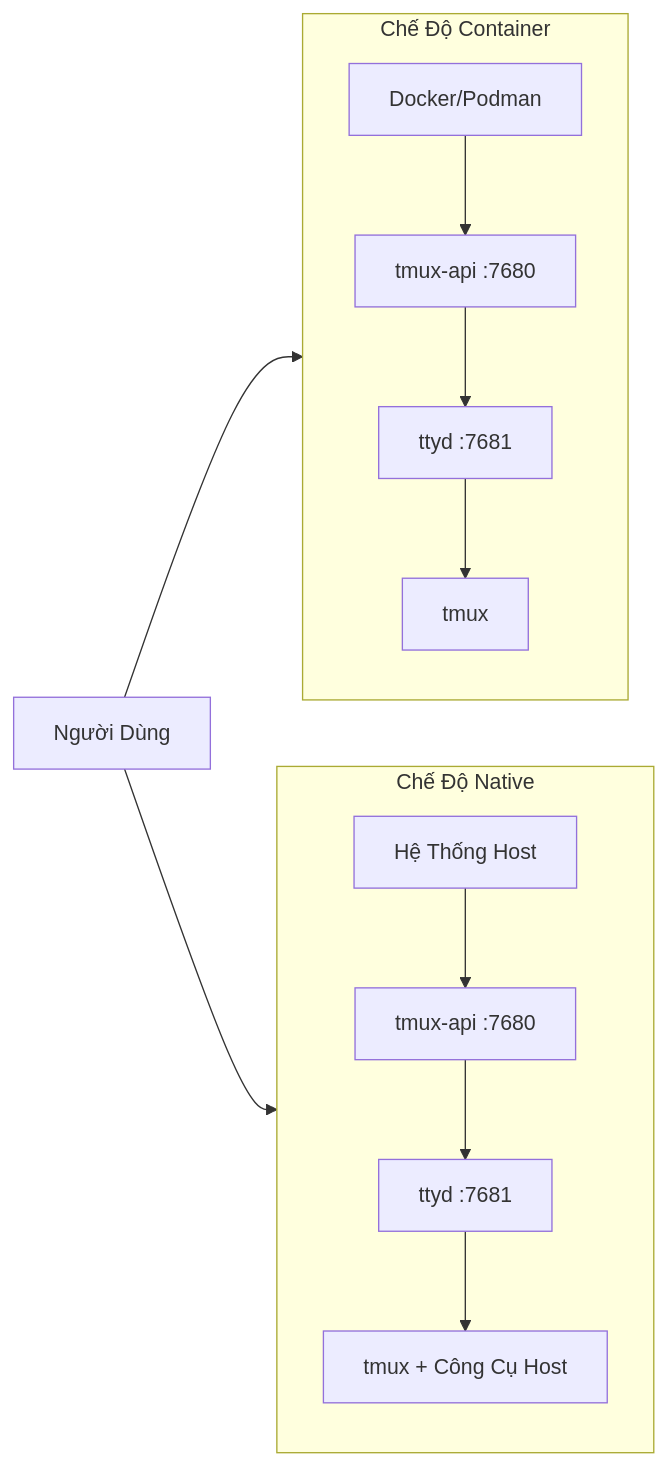
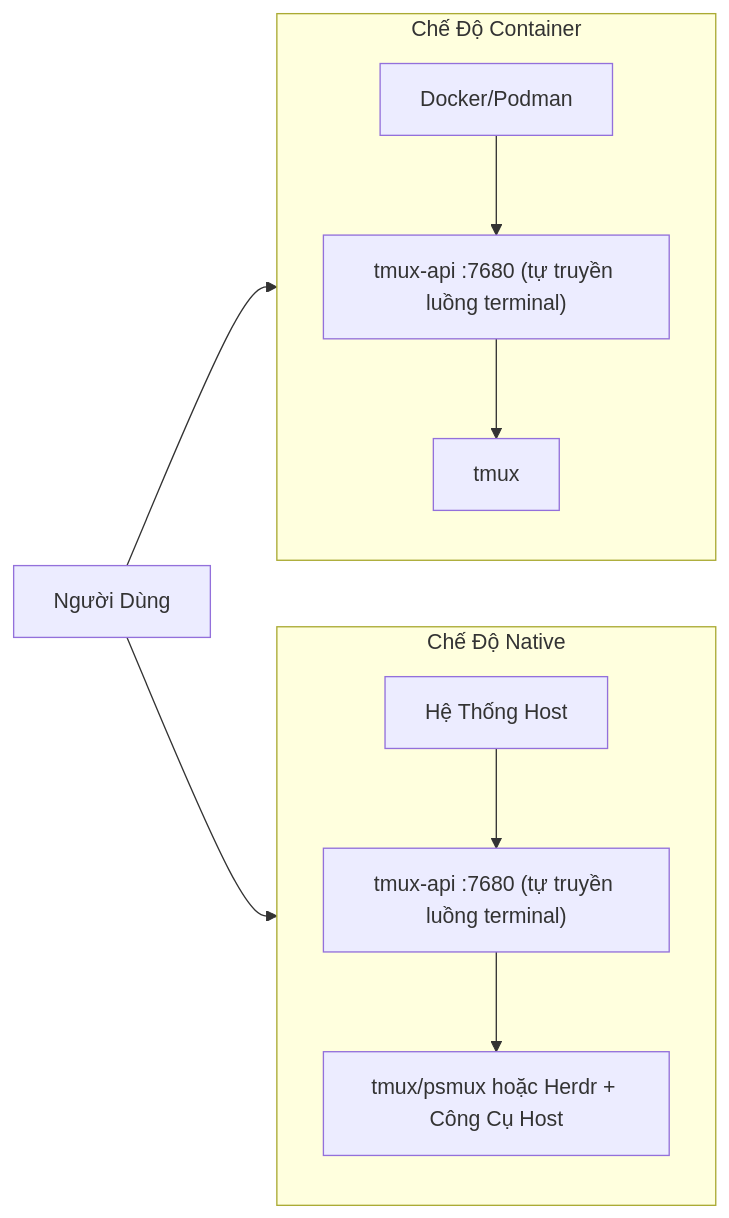
Before and after one commit to lamngockhuong/termote: the second of 2 diagrams in README.vi.md, drawn with Mermaid. The commit also changed other lines of this file and 16 other files, not shown here.

````diff
--- a/README.vi.md
+++ b/README.vi.md
@@ -217,14 +222,14 @@
 ```mermaid
 flowchart LR
     subgraph Container["Chế Độ Container"]
         direction TB
-        C1["Docker/Podman"] --> C2["tmux-api :7680"] --> C3["ttyd :7681"] --> C4["tmux"]
+        C1["Docker/Podman"] --> C2["tmux-api :7680 (tự truyền luồng terminal)"] --> C3["tmux"]
     end
 
     subgraph Native["Chế Độ Native"]
         direction TB
-        N1["Hệ Thống Host"] --> N2["tmux-api :7680"] --> N3["ttyd :7681"] --> N4["tmux + Công Cụ Host"]
+        N1["Hệ Thống Host"] --> N2["tmux-api :7680 (tự truyền luồng terminal)"] --> N3["tmux/psmux hoặc Herdr + Công Cụ Host"]
     end
 
     User["Người Dùng"] --> Container & Native
 ```
````
